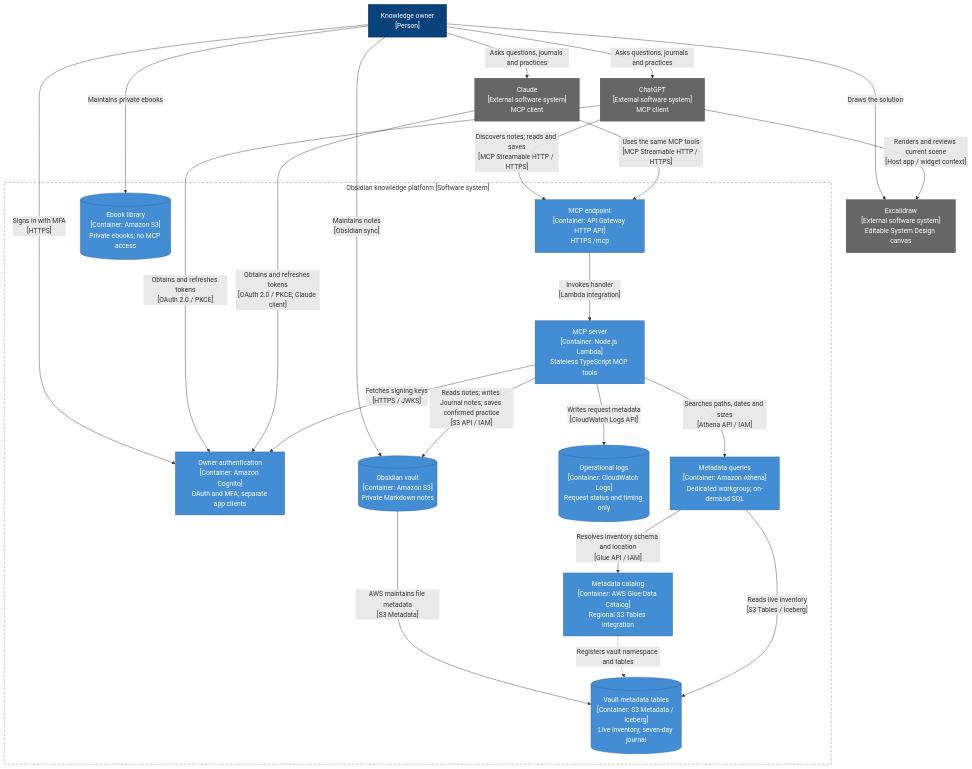
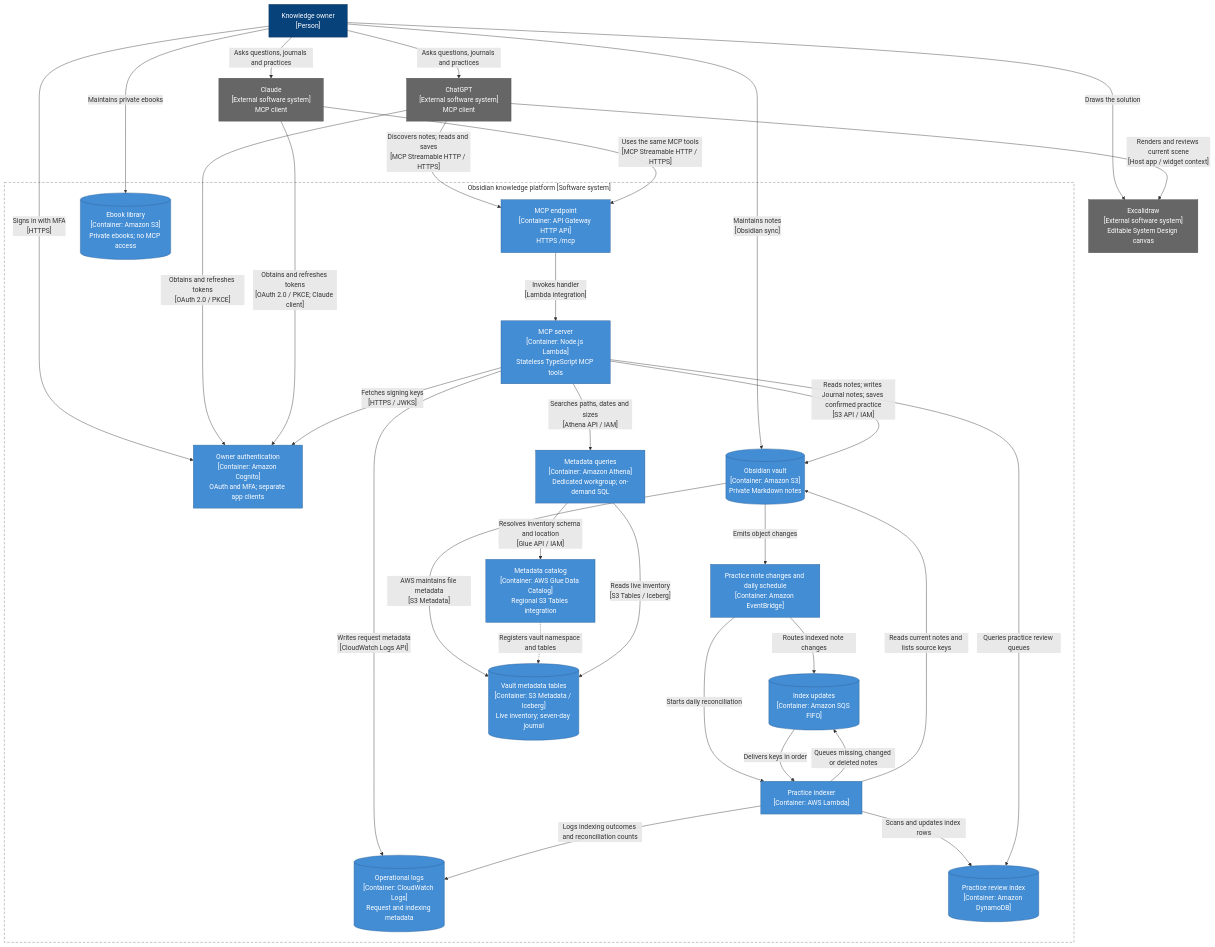
One commit to yepengfan/obsidian-workflow-infra changed the second of 2 diagrams in README.md. Above: the diagram before and after it, drawn with Mermaid. The commit also changed other lines of this file, not shown here.

Commit message:
Document the practice review index and link current rollout and audit configuration

````diff
--- a/README.md
+++ b/README.md
@@ -51,48 +51,61 @@
 ```mermaid
 flowchart TB
     Owner["Knowledge owner<br/>[Person]"]
     ChatGPT["ChatGPT<br/>[External software system]<br/>MCP client"]
     Claude["Claude<br/>[External software system]<br/>MCP client"]
     Excalidraw["Excalidraw<br/>[External software system]<br/>Editable System Design canvas"]
 
     subgraph Platform["Obsidian knowledge platform [Software system]"]
         Auth["Owner authentication<br/>[Container: Amazon Cognito]<br/>OAuth and MFA; separate app clients"]
         API["MCP endpoint<br/>[Container: API Gateway HTTP API]<br/>HTTPS /mcp"]
         Server["MCP server<br/>[Container: Node.js Lambda]<br/>Stateless TypeScript MCP tools"]
         Vault[("Obsidian vault<br/>[Container: Amazon S3]<br/>Private Markdown notes")]
         Library[("Ebook library<br/>[Container: Amazon S3]<br/>Private ebooks; no MCP access")]
-        Logs[("Operational logs<br/>[Container: CloudWatch Logs]<br/>Request status and timing only")]
+        Logs[("Operational logs<br/>[Container: CloudWatch Logs]<br/>Request and indexing metadata")]
+        Events["Practice note changes and daily schedule<br/>[Container: Amazon EventBridge]"]
+        Queue[("Index updates<br/>[Container: Amazon SQS FIFO]")]
+        Indexer["Practice indexer<br/>[Container: AWS Lambda]"]
+        ReviewIndex[("Practice review index<br/>[Container: Amazon DynamoDB]")]
         Athena["Metadata queries<br/>[Container: Amazon Athena]<br/>Dedicated workgroup; on-demand SQL"]
         Catalog["Metadata catalog<br/>[Container: AWS Glue Data Catalog]<br/>Regional S3 Tables integration"]
         Inventory[("Vault metadata tables<br/>[Container: S3 Metadata / Iceberg]<br/>Live inventory; seven-day journal")]
     end
 
     Owner -->|"Asks questions, journals and practices"| ChatGPT
     Owner -->|"Asks questions, journals and practices"| Claude
     Owner -->|"Draws the solution"| Excalidraw
     ChatGPT -->|"Renders and reviews current scene<br/>[Host app / widget context]"| Excalidraw
     Owner -->|"Signs in with MFA<br/>[HTTPS]"| Auth
     Owner -->|"Maintains notes<br/>[Obsidian sync]"| Vault
     Owner -->|"Maintains private ebooks"| Library
     ChatGPT -->|"Obtains and refreshes tokens<br/>[OAuth 2.0 / PKCE]"| Auth
     ChatGPT -->|"Discovers notes; reads and saves<br/>[MCP Streamable HTTP / HTTPS]"| API
     Claude -->|"Obtains and refreshes tokens<br/>[OAuth 2.0 / PKCE; Claude client]"| Auth
     Claude -->|"Uses the same MCP tools<br/>[MCP Streamable HTTP / HTTPS]"| API
     API -->|"Invokes handler<br/>[Lambda integration]"| Server
     Server -->|"Fetches signing keys<br/>[HTTPS / JWKS]"| Auth
     Server -->|"Reads notes; writes Journal notes; saves confirmed practice<br/>[S3 API / IAM]"| Vault
     Server -->|"Writes request metadata<br/>[CloudWatch Logs API]"| Logs
+    Indexer -->|"Logs indexing outcomes and reconciliation counts"| Logs
+    Vault -->|"Emits object changes"| Events
+    Events -->|"Routes indexed note changes"| Queue
+    Events -->|"Starts daily reconciliation"| Indexer
+    Indexer -->|"Queues missing, changed or deleted notes"| Queue
+    Queue -->|"Delivers keys in order"| Indexer
+    Indexer -->|"Reads current notes and lists source keys"| Vault
+    Indexer -->|"Scans and updates index rows"| ReviewIndex
+    Server -->|"Queries practice review queues"| ReviewIndex
     Vault -->|"AWS maintains file metadata<br/>[S3 Metadata]"| Inventory
     Server -->|"Searches paths, dates and sizes<br/>[Athena API / IAM]"| Athena
     Athena -->|"Resolves inventory schema and location<br/>[Glue API / IAM]"| Catalog
     Catalog -.->|"Registers vault namespace and tables"| Inventory
     Athena -->|"Reads live inventory<br/>[S3 Tables / Iceberg]"| Inventory
 
     classDef person fill:#08427b,color:#fff,stroke:#052e56
     classDef external fill:#666,color:#fff,stroke:#444
     classDef container fill:#438dd5,color:#fff,stroke:#2e6295
     class Owner person
     class ChatGPT,Claude,Excalidraw external
-    class Auth,API,Server,Vault,Library,Logs,Athena,Catalog,Inventory container
+    class Auth,API,Server,Vault,Library,Logs,Athena,Catalog,Inventory,Events,Queue,Indexer,ReviewIndex container
     style Platform fill:none,stroke:#777,stroke-dasharray:6 4
 ```
````
